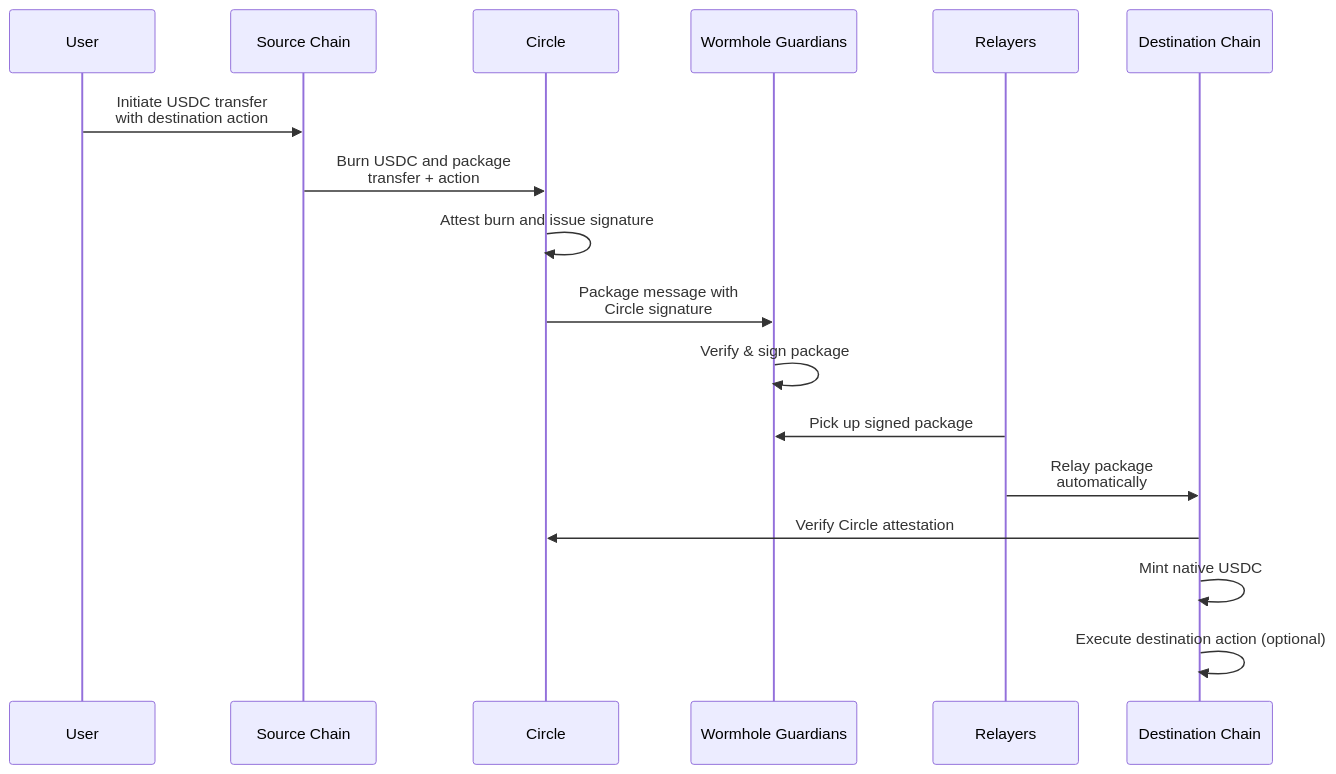
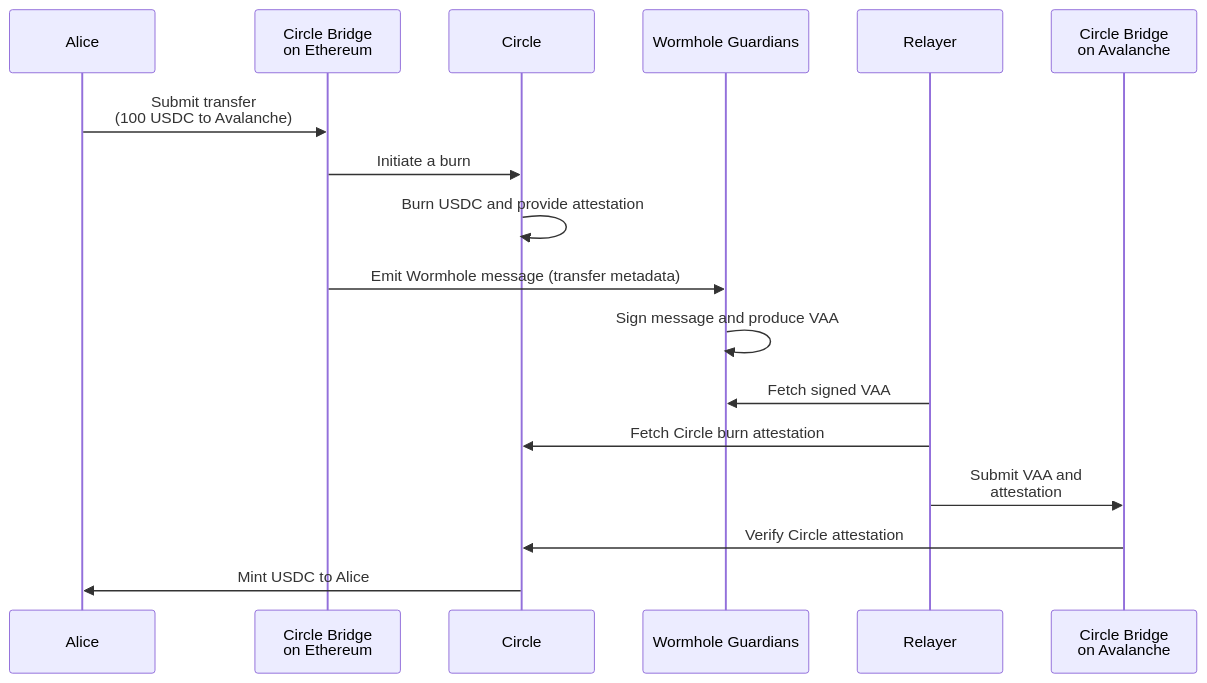
Before and after one commit to wormhole-foundation/wormhole-docs: the diagram in products/cctp-bridge/overview.md, drawn with Mermaid. The commit also changed other lines of this file, not shown here.

````diff
--- a/products/cctp-bridge/overview.md
+++ b/products/cctp-bridge/overview.md
@@ -34,20 +36,20 @@
 ```mermaid
 sequenceDiagram
-    participant User
-    participant SourceChain as Source Chain
+    participant User as Alice
+    participant SourceChain as Circle Bridge<br>on Ethereum
     participant Circle
     participant Guardians as Wormhole Guardians
-    participant Relayers
-    participant DestinationChain as Destination Chain
+    participant Relayer
+    participant DestinationChain as Circle Bridge<br>on Avalanche
 
-    User->>SourceChain: Initiate USDC transfer <br> with destination action
-    SourceChain->>Circle: Burn USDC and package <br> transfer + action
-    Circle->>Circle: Attest burn and issue signature
-    Circle->>Guardians: Package message with <br> Circle signature
-    Guardians->>Guardians: Verify & sign package
-    Relayers->>Guardians: Pick up signed package
-    Relayers->>DestinationChain: Relay package <br> automatically
+    User->>SourceChain: Submit transfer <br>(100 USDC to Avalanche)
+    SourceChain->>Circle: Initiate a burn
+    Circle->>Circle: Burn USDC and provide attestation
+    SourceChain->>Guardians: Emit Wormhole message (transfer metadata)
+    Guardians->>Guardians: Sign message and produce VAA
+    Relayer->>Guardians: Fetch signed VAA
+    Relayer->>Circle: Fetch Circle burn attestation
+    Relayer->>DestinationChain: Submit VAA and<br> attestation
     DestinationChain->>Circle: Verify Circle attestation
-    DestinationChain->>DestinationChain: Mint native USDC
-    DestinationChain->>DestinationChain: Execute destination action (optional)
+    Circle->>User: Mint USDC to Alice
 ```
````
